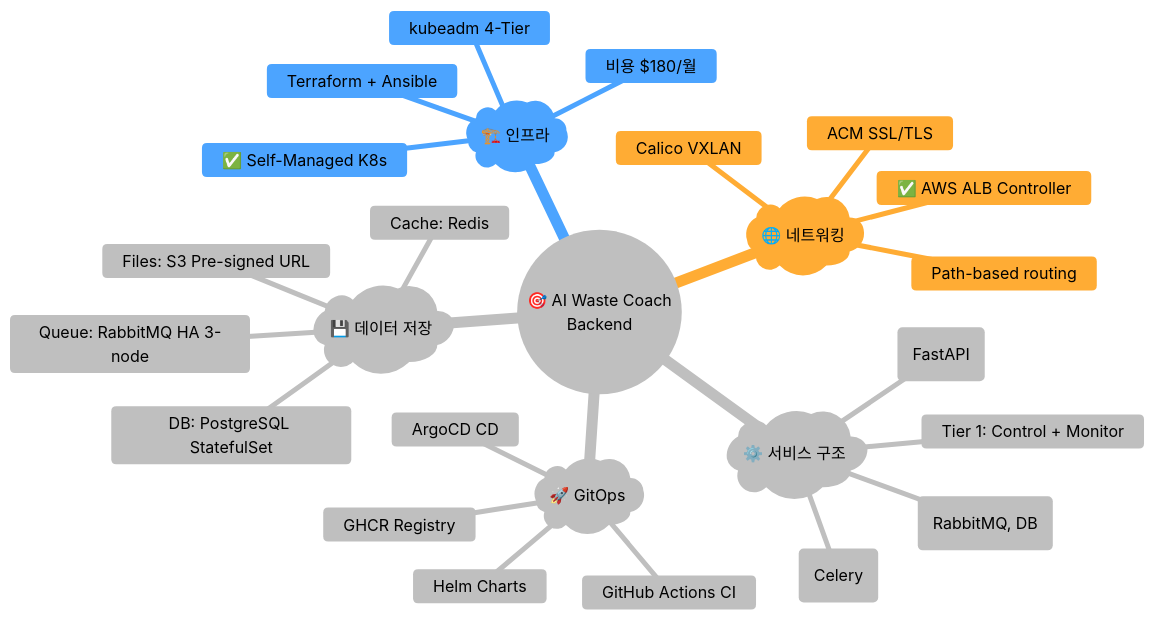
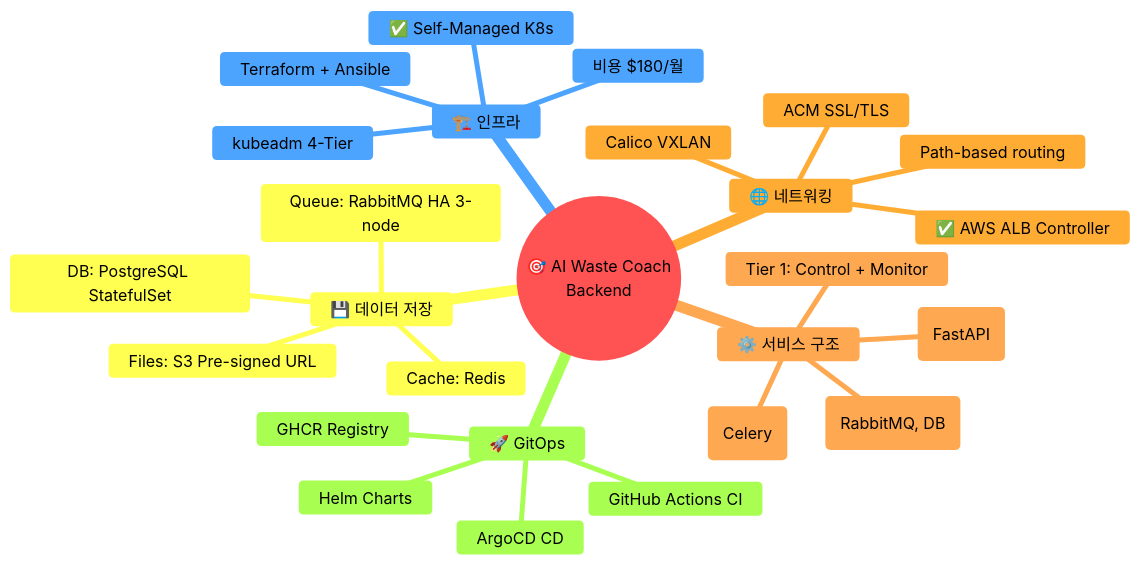
Before and after one commit to eco2-team/backend: the diagram in docs/architecture/decision-summary.md, drawn with Mermaid.

Commit message:
docs: Fix mindmap color hierarchy - apply distinct colors per level
Fixed color application in mindmap:
- Root (Level 0): Red/Pink (#ffd1d1) - AI Waste Coach Backend
- Level 1: Blue (#cce5ff) - Main categories (인프라, 네트워킹, etc.)
- Level 2: Orange (#ffe0b3) - Sub-items (Self-Managed K8s, ALB Controller, etc.)
- Level 3+: Auto-cycling colors

Removed shape modifiers that prevented proper color application.
Now each hierarchy level has distinct background colors for better visual separation.

````diff
--- a/docs/architecture/decision-summary.md
+++ b/docs/architecture/decision-summary.md
@@ -9,35 +9,35 @@
 ```mermaid
-%%{init: {'theme':'base', 'themeVariables': { 'primaryColor':'#fff', 'primaryTextColor':'#000', 'primaryBorderColor':'#333', 'lineColor':'#666', 'secondaryColor':'#cce5ff', 'secondaryBorderColor':'#007bff', 'secondaryTextColor':'#000', 'tertiaryColor':'#ffe0b3', 'tertiaryBorderColor':'#fd7e14', 'tertiaryTextColor':'#000', 'noteBkgColor':'#d1f2eb', 'noteBorderColor':'#28a745'}}}%%
+%%{init: {'theme':'base', 'themeVariables': { 'primaryColor':'#ffd1d1', 'primaryTextColor':'#000', 'primaryBorderColor':'#dc3545', 'lineColor':'#666', 'secondaryColor':'#cce5ff', 'secondaryBorderColor':'#007bff', 'secondaryTextColor':'#000', 'tertiaryColor':'#ffe0b3', 'tertiaryBorderColor':'#fd7e14', 'tertiaryTextColor':'#000'}}}%%
 mindmap
   root((🎯 AI Waste Coach
 Backend))
-    )🏗️ 인프라(
+    🏗️ 인프라
       ✅ Self-Managed K8s
       kubeadm 4-Tier
       Terraform + Ansible
       비용 $180/월
     
-    )🌐 네트워킹(
+    🌐 네트워킹
       ✅ AWS ALB Controller
       Path-based routing
       ACM SSL/TLS
       Calico VXLAN
     
-    )⚙️ 서비스 구조(
+    ⚙️ 서비스 구조
       Tier 1: Control + Monitor
       Tier 2: Application (FastAPI)
       Tier 3: Async Workers (Celery)
       Tier 4: Stateful (RabbitMQ, DB)
     
-    )💾 데이터 저장(
+    💾 데이터 저장
       DB: PostgreSQL StatefulSet
       Cache: Redis
       Queue: RabbitMQ HA 3-node
       Files: S3 Pre-signed URL
     
-    )🚀 GitOps(
+    🚀 GitOps
       ArgoCD CD
       GitHub Actions CI
       Helm Charts
       GHCR Registry
 ```
````
